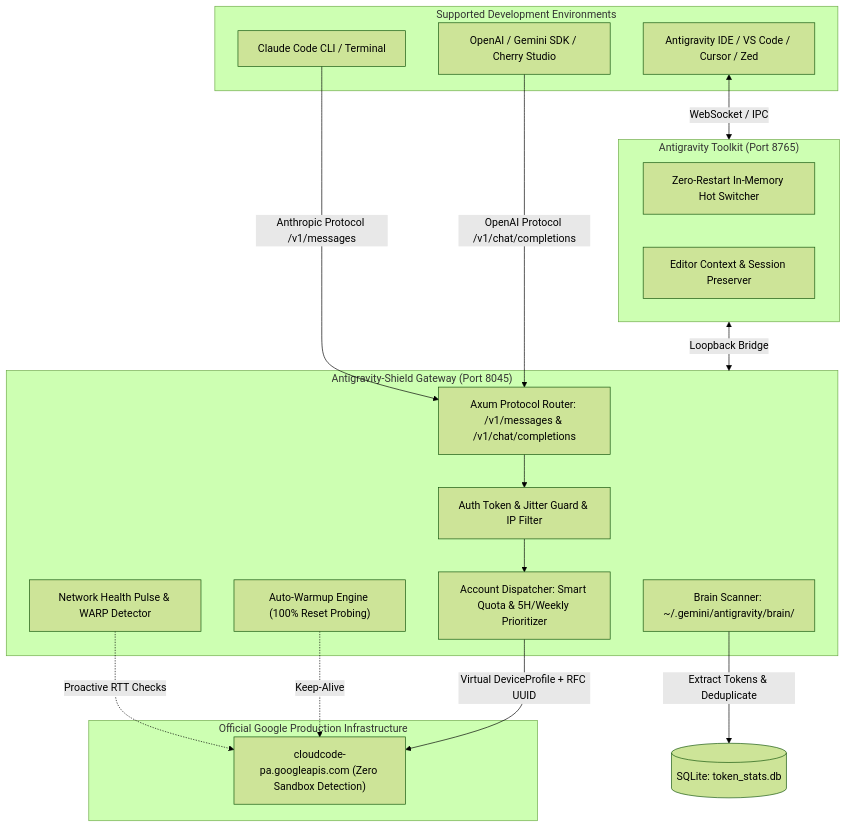
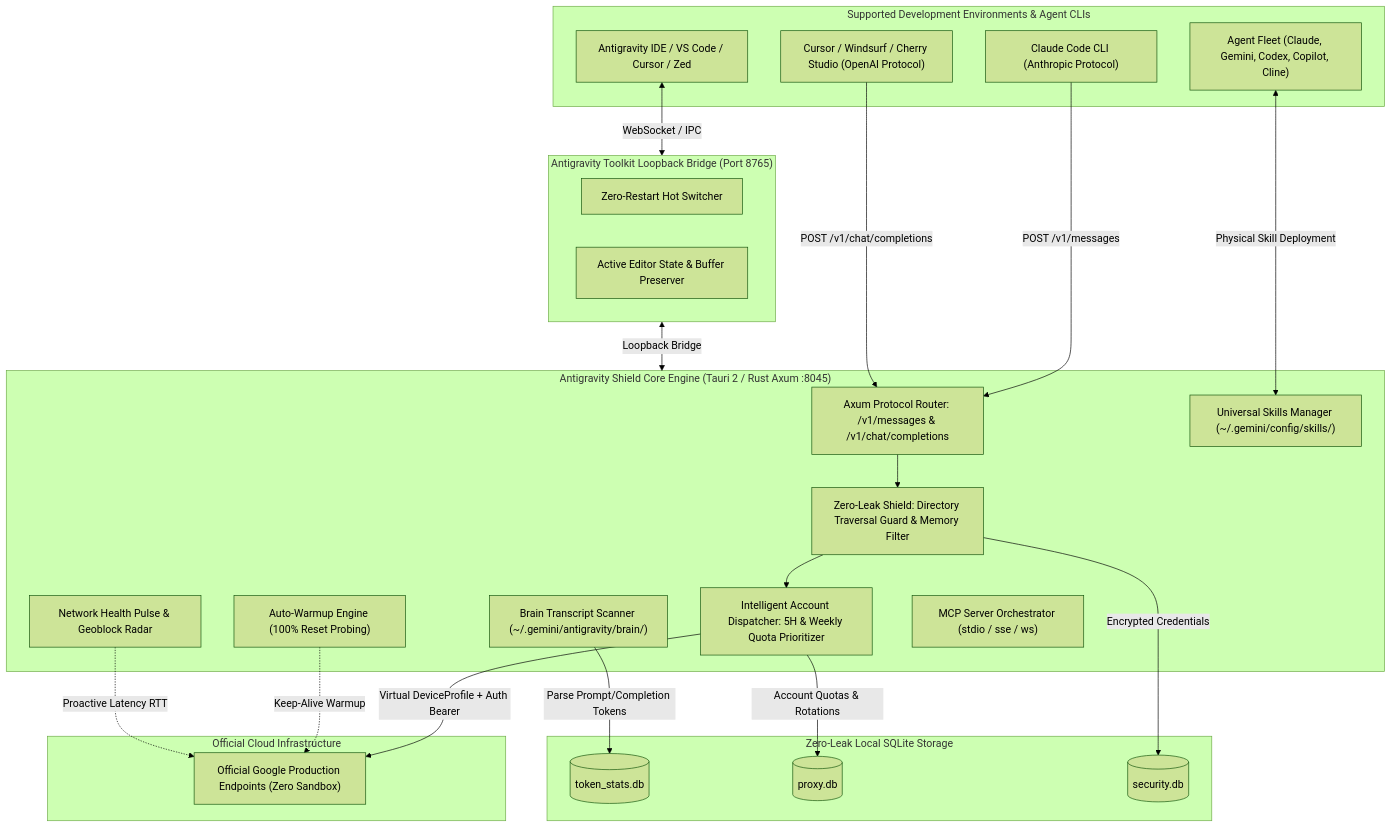
The diagram in README.md (antigravity-hub/Antigravity-Shield), drawn with Mermaid (forest theme) before and after one commit. The commit also changed other lines of this file and 1 other file, not shown here.

Commit message:
docs: rewrite README to comprehensively document v5.22.0 ecosystem, multi-account proxy & skills marketplace

````diff
--- a/README.md
+++ b/README.md
@@ -173,38 +138,54 @@
 ```mermaid
 graph TD
-    subgraph Clients["Supported Development Environments"]
+    subgraph Clients["Supported Development Environments & Agent CLIs"]
         IDE["Antigravity IDE / VS Code / Cursor / Zed"]
-        ClaudeCLI["Claude Code CLI / Terminal"]
-        SDKClient["OpenAI / Gemini SDK / Cherry Studio"]
+        ClaudeCLI["Claude Code CLI (Anthropic Protocol)"]
+        OpenAIClients["Cursor / Windsurf / Cherry Studio (OpenAI Protocol)"]
+        AgentMarket["Agent Fleet (Claude, Gemini, Codex, Copilot, Cline)"]
     end
 
-    subgraph ToolkitBridge["Antigravity Toolkit (Port 8765)"]
-        HotSwitch["Zero-Restart In-Memory Hot Switcher"]
-        IDEHook["Editor Context & Session Preserver"]
+    subgraph ToolkitBridge["Antigravity Toolkit Loopback Bridge (Port 8765)"]
+        HotSwitch["Zero-Restart Hot Switcher"]
+        SessionSync["Active Editor State & Buffer Preserver"]
     end
 
-    subgraph ShieldGateway["Antigravity-Shield Gateway (Port 8045)"]
+    subgraph ShieldCore["Antigravity Shield Core Engine (Tauri 2 / Rust Axum :8045)"]
         Router["Axum Protocol Router: /v1/messages & /v1/chat/completions"]
-        Security["Auth Token & Jitter Guard & IP Filter"]
-        HealthPulse["Network Health Pulse & WARP Detector"]
-        BrainWatcher["Brain Scanner: ~/.gemini/antigravity/brain/"]
-        Dispatcher["Account Dispatcher: Smart Quota & 5H/Weekly Prioritizer"]
-        WarmupEngine["Auto-Warmup Engine (100% Reset Probing)"]
+        SecurityShield["Zero-Leak Shield: Directory Traversal Guard & Memory Filter"]
+        Dispatcher["Intelligent Account Dispatcher: 5H & Weekly Quota Prioritizer"]
+        Warmup["Auto-Warmup Engine (100% Reset Probing)"]
+        HealthPulse["Network Health Pulse & Geoblock Radar"]
+        BrainWatcher["Brain Transcript Scanner (~/.gemini/antigravity/brain/)"]
+        SkillsEngine["Universal Skills Manager (~/.gemini/config/skills/)"]
+        McpManager["MCP Server Orchestrator (stdio / sse / ws)"]
     end
 
-    subgraph UpstreamGoogle["Official Google Production Infrastructure"]
-        ProdAPI["cloudcode-pa.googleapis.com (Zero Sandbox Detection)"]
+    subgraph LocalStorage["Zero-Leak Local SQLite Storage"]
+        DB_Tokens[(token_stats.db)]
+        DB_Proxy[(proxy.db)]
+        DB_Security[(security.db)]
     end
 
+    subgraph Upstream["Official Cloud Infrastructure"]
+        GoogleAPI["Official Google Production Endpoints (Zero Sandbox)"]
+    end
+
+    %% Client Connections
     IDE <-->|WebSocket / IPC| ToolkitBridge
-    ToolkitBridge <-->|Loopback Bridge| ShieldGateway
-    ClaudeCLI -->|Anthropic Protocol /v1/messages| Router
-    SDKClient -->|OpenAI Protocol /v1/chat/completions| Router
+    ToolkitBridge <-->|Loopback Bridge| ShieldCore
+    ClaudeCLI -->|POST /v1/messages| Router
+    OpenAIClients -->|POST /v1/chat/completions| Router
+    AgentMarket <-->|Physical Skill Deployment| SkillsEngine
 
-    Router --> Security
-    Security --> Dispatcher
-    HealthPulse -.->|Proactive RTT Checks| ProdAPI
-    WarmupEngine -.->|Keep-Alive| ProdAPI
-    Dispatcher -->|Virtual DeviceProfile + RFC UUID| ProdAPI
-    BrainWatcher -->|Extract Tokens & Deduplicate| DB[(SQLite: token_stats.db)]
+    %% Internal Core Flows
+    Router --> SecurityShield
+    SecurityShield --> Dispatcher
+    Dispatcher -->|Virtual DeviceProfile + Auth Bearer| GoogleAPI
+    Warmup -.->|Keep-Alive Warmup| GoogleAPI
+    HealthPulse -.->|Proactive Latency RTT| GoogleAPI
+
+    %% Local Telemetry & Storage
+    BrainWatcher -->|Parse Prompt/Completion Tokens| DB_Tokens
+    Dispatcher -->|Account Quotas & Rotations| DB_Proxy
+    SecurityShield -->|Encrypted Credentials| DB_Security
 ```
````
